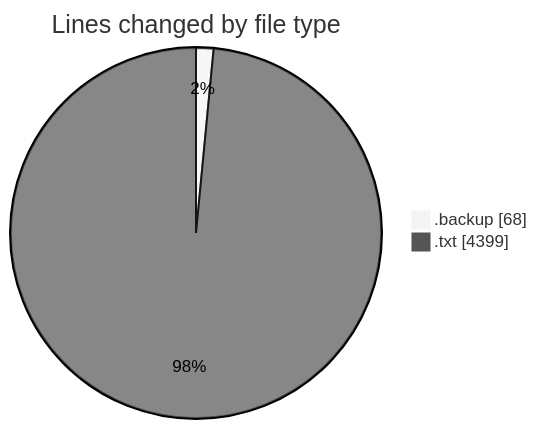
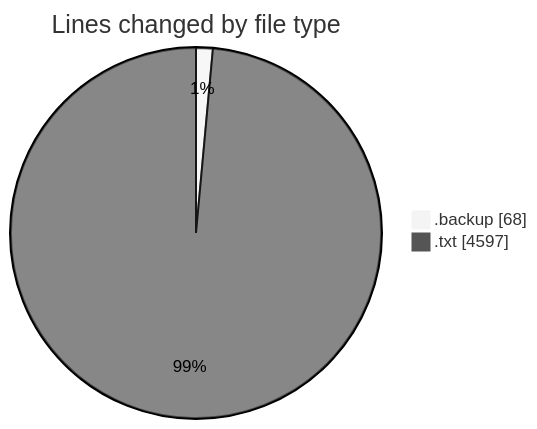
The first of 2 diagrams in 2026-11-25/informesdocpath/README.md (ricardozamudiocil/code-tracking), drawn with Mermaid (neutral theme) before and after one commit. The commit also changed other lines of this file and 1 other file, not shown here.

````diff
--- a/2026-11-25/informesdocpath/README.md
+++ b/2026-11-25/informesdocpath/README.md
@@ -22,6 +22,6 @@
 ```mermaid
 pie showData
 title Lines changed by file type
 ".backup" : 68
-".txt" : 4399
+".txt" : 4597
 ```
````
